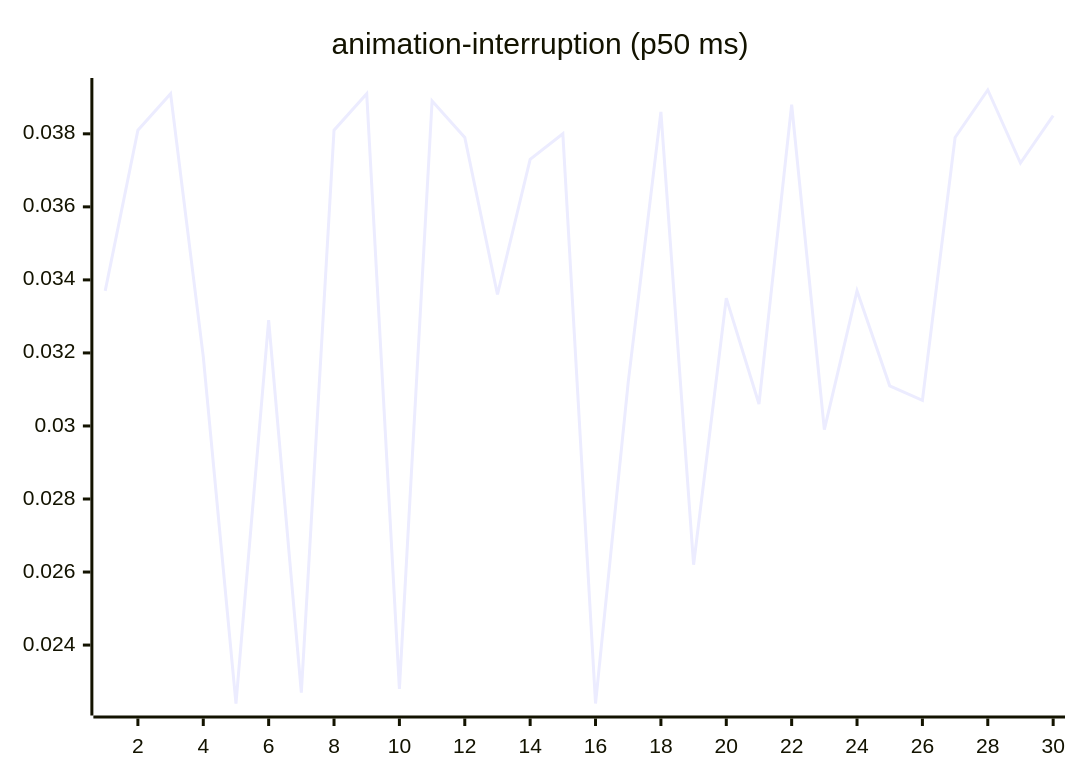
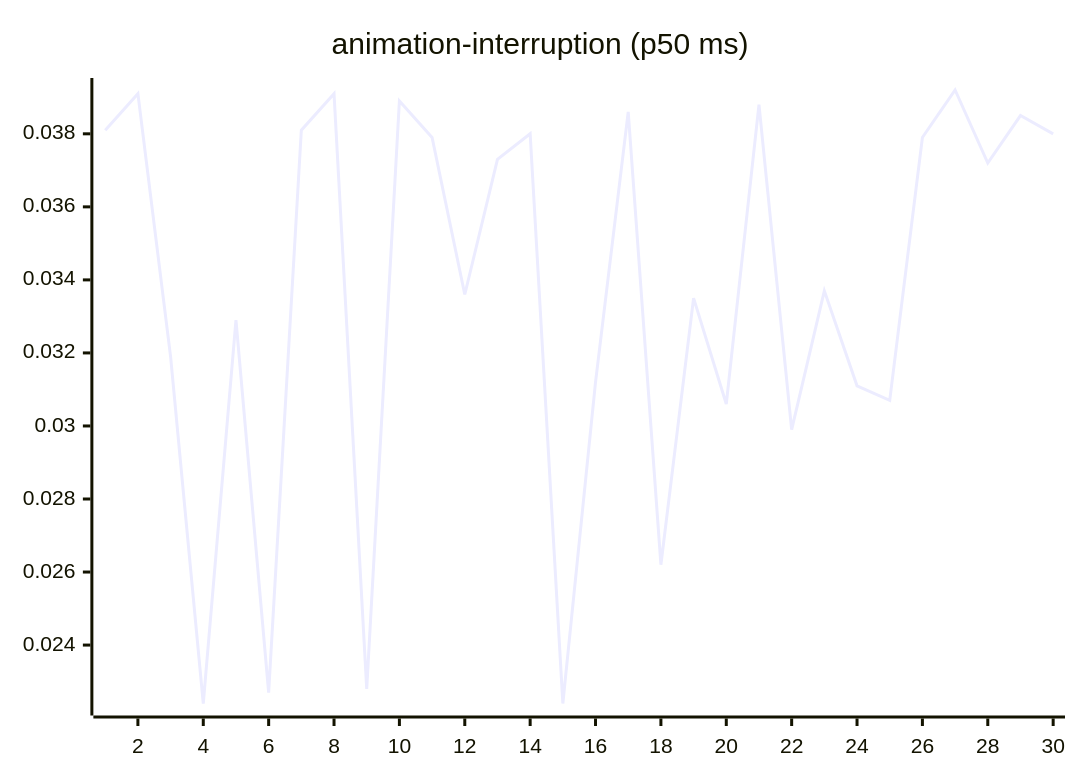
Before and after one commit to josha/Facet: the third of 27 diagrams in README.md, drawn with Mermaid. The commit also changed other lines of this file and 2 other files, not shown here.

````diff
--- a/README.md
+++ b/README.md
@@ -77,6 +77,6 @@
 ```mermaid
 xychart-beta
     title "animation-interruption (p50 ms)"
     x-axis 1 --> 30
-    line [0.0337, 0.0381, 0.0391, 0.0319, 0.0224, 0.0329, 0.0227, 0.0381, 0.0391, 0.0228, 0.0389, 0.0379, 0.0336, 0.0373, 0.0380, 0.0224, 0.0312, 0.0386, 0.0262, 0.0335, 0.0306, 0.0388, 0.0299, 0.0337, 0.0311, 0.0307, 0.0379, 0.0392, 0.0372, 0.0385]
+    line [0.0381, 0.0391, 0.0319, 0.0224, 0.0329, 0.0227, 0.0381, 0.0391, 0.0228, 0.0389, 0.0379, 0.0336, 0.0373, 0.0380, 0.0224, 0.0312, 0.0386, 0.0262, 0.0335, 0.0306, 0.0388, 0.0299, 0.0337, 0.0311, 0.0307, 0.0379, 0.0392, 0.0372, 0.0385, 0.0380]
 ```
````
